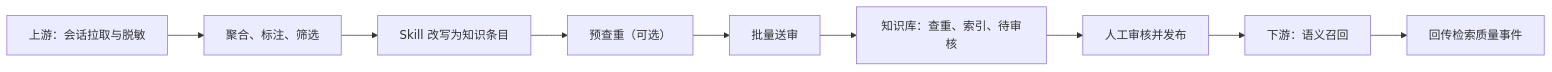
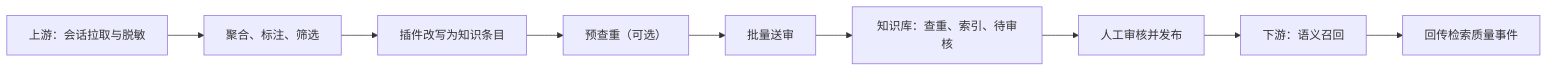
One commit to Knjss-0508/knowledge-kb changed the diagram in prototypes/answer-hub/automation-api-reference.md. Above: the diagram before and after it, drawn with Mermaid. The commit also changed other lines of this file and 79 other files, not shown here.

````diff
--- a/prototypes/answer-hub/automation-api-reference.md
+++ b/prototypes/answer-hub/automation-api-reference.md
@@ -12,11 +12,11 @@
 ```mermaid
 flowchart LR
     A["上游：会话拉取与脱敏"] --> B["聚合、标注、筛选"]
-    B --> C["Skill 改写为知识条目"]
+    B --> C["插件改写为知识条目"]
     C --> D["预查重（可选）"]
     D --> E["批量送审"]
     E --> F["知识库：查重、索引、待审核"]
     F --> G["人工审核并发布"]
     G --> H["下游：语义召回"]
     H --> I["回传检索质量事件"]
 ```
````
